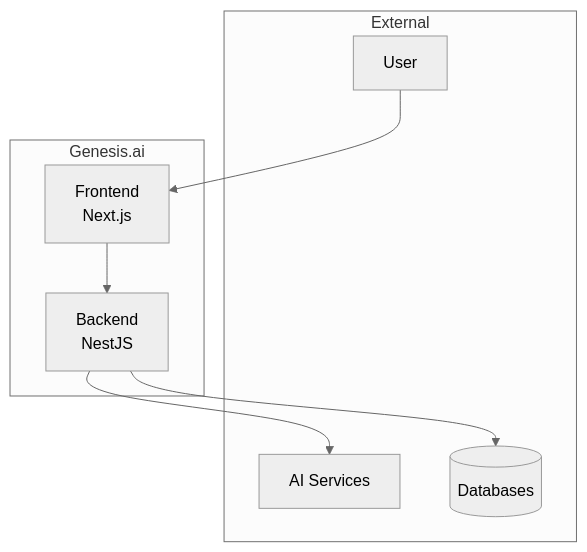
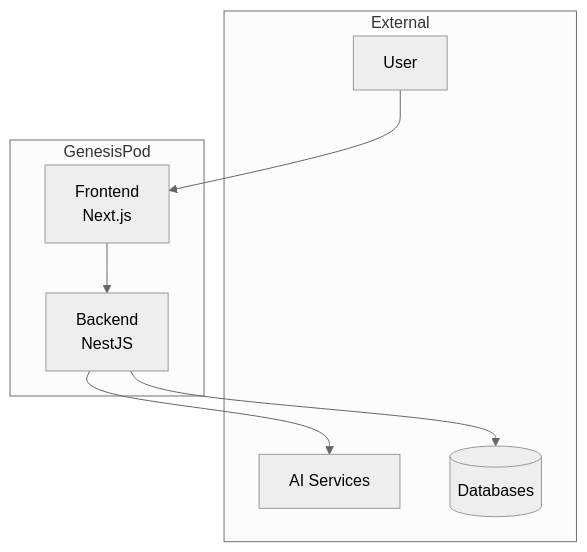
Before and after one commit to genesis-agents/GenesisPod: the first of 2 diagrams in .claude/skills/architecture/schema-architect/references/adr-guidelines.md, drawn with Mermaid (neutral theme). The commit also changed 238 other files, not shown here.

First line of the commit message:
chore: rebrand Genesis.ai -> GenesisPod across docs/config

````diff
--- a/.claude/skills/architecture/schema-architect/references/adr-guidelines.md
+++ b/.claude/skills/architecture/schema-architect/references/adr-guidelines.md
@@ -66,18 +66,18 @@
 ```mermaid
 graph TB
     subgraph External
         User[User]
         AI[AI Services]
         DB[(Databases)]
     end
 
-    subgraph Genesis[Genesis.ai]
+    subgraph Genesis[GenesisPod]
         FE[Frontend<br/>Next.js]
         BE[Backend<br/>NestJS]
     end
 
     User --> FE
     FE --> BE
     BE --> AI
     BE --> DB
 ```
````
